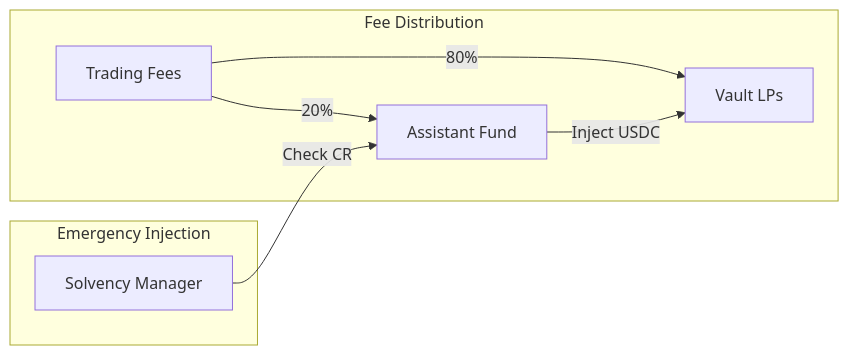
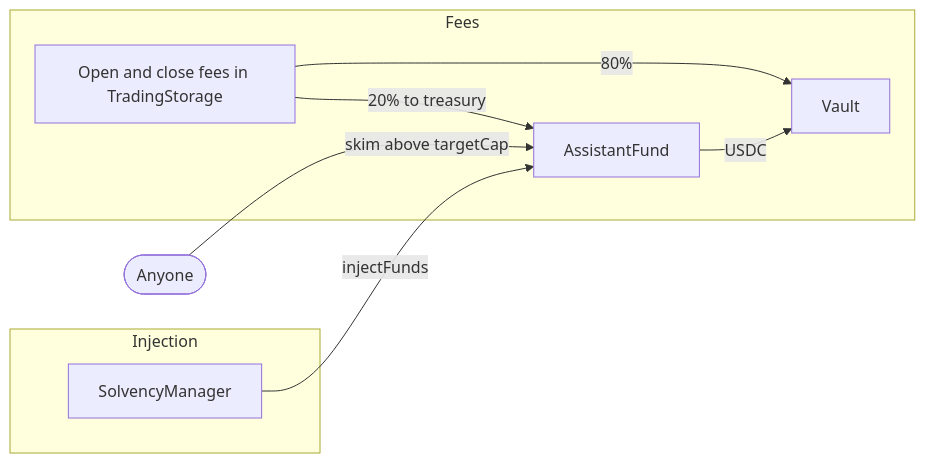
One commit to GushALKDev/evm-synthetic-trading-protocol changed the second of 4 diagrams in docs/07-vault-ssl.md. Above: the diagram before and after it, drawn with Mermaid. The commit also changed other lines of this file, not shown here.

First line of the commit message:
Align the vault and solvency guide with the contracts

````diff
--- a/docs/07-vault-ssl.md
+++ b/docs/07-vault-ssl.md
@@ -207,12 +171,12 @@
 ```mermaid
 graph LR
-    subgraph Fee Distribution
-        Fee[Trading Fees] -->|80%| Vault[Vault LPs]
-        Fee -->|20%| AF[Assistant Fund]
+    subgraph Fees
+        Fee[Open and close fees in TradingStorage] -->|80%| Vault[Vault]
+        Fee -->|20% to treasury| AF[AssistantFund]
     end
-    
-    subgraph Emergency Injection
-        SM[Solvency Manager] -->|Check CR| AF
-        AF -->|Inject USDC| Vault
+    subgraph Injection
+        SM[SolvencyManager] -->|injectFunds| AF
+        AF -->|USDC| Vault
     end
+    Anyone([Anyone]) -->|skim above targetCap| AF
 ```
````
